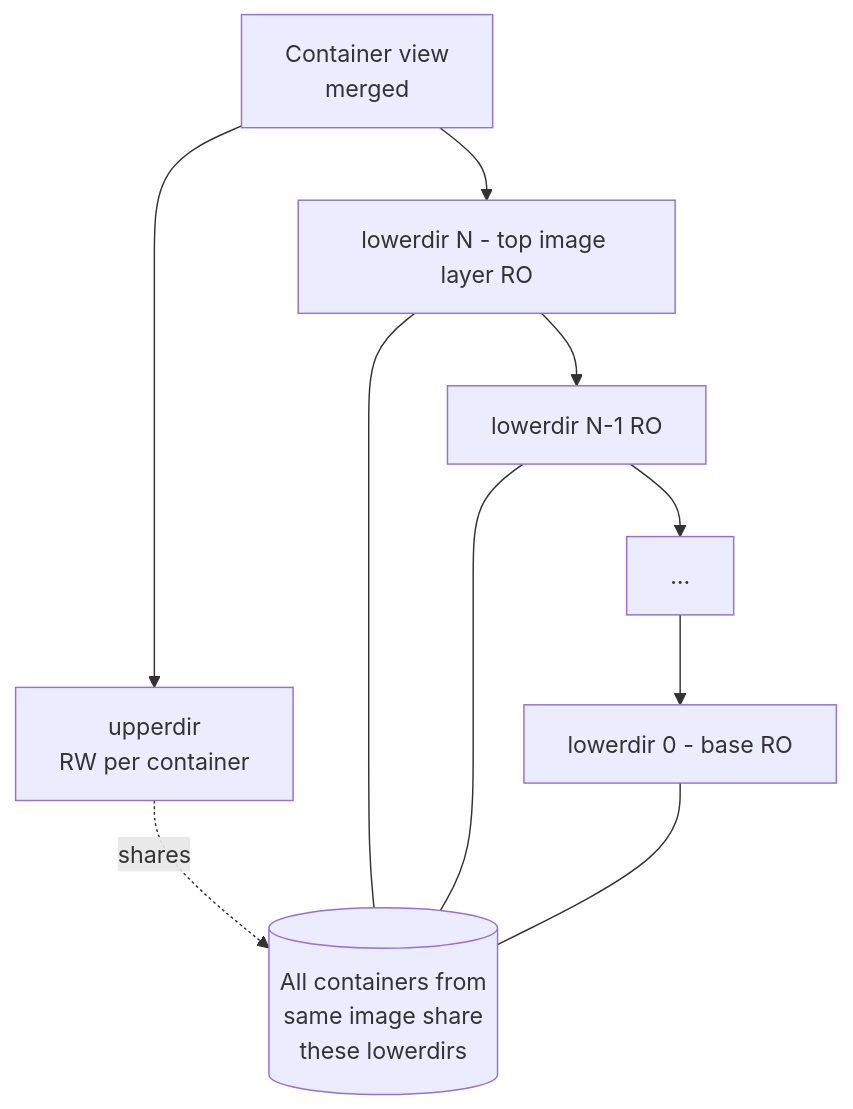
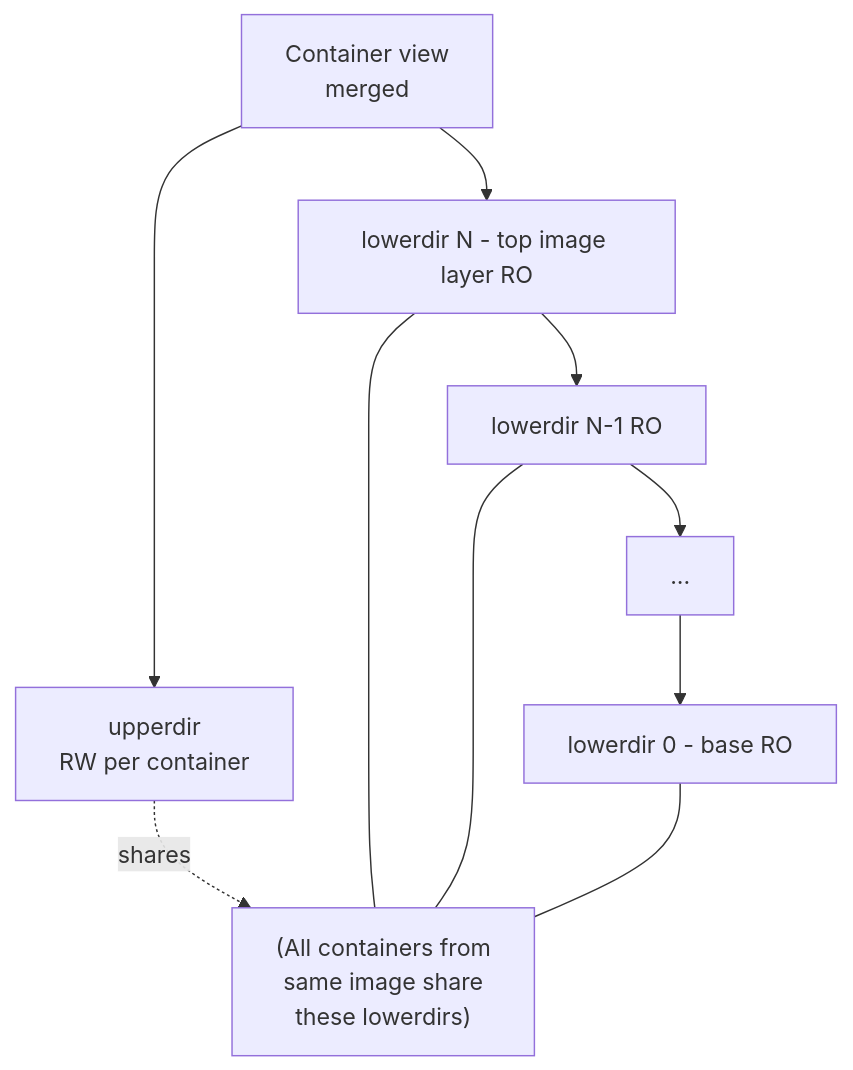
One commit to srinivaskona7/devops-learning changed the second of 3 diagrams in 02-docker/03-images-and-dockerfile/deep-dive-overlayfs.md. Above: the diagram before and after it, drawn with Mermaid. The commit also changed other lines of this file and 220 other files, not shown here.

````diff
--- a/02-docker/03-images-and-dockerfile/deep-dive-overlayfs.md
+++ b/02-docker/03-images-and-dockerfile/deep-dive-overlayfs.md
@@ -66,12 +58,12 @@
 ```mermaid
 flowchart TB
-    M[Container view<br/>merged] --> U[upperdir<br/>RW per container]
+    M["Container view<br/>merged"] --> U["upperdir<br/>RW per container"]
     M --> L1[lowerdir N - top image layer RO]
     L1 --> L2[lowerdir N-1 RO]
     L2 --> L3[...]
     L3 --> L0[lowerdir 0 - base RO]
-    U -.shares.-> SH[(All containers from<br/>same image share<br/>these lowerdirs)]
+    U -.shares.-> SH["(All containers from<br/>same image share<br/>these lowerdirs)"]
     L1 --- SH
     L2 --- SH
     L0 --- SH
 ```
````
